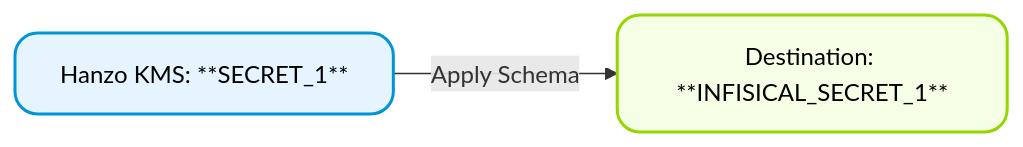
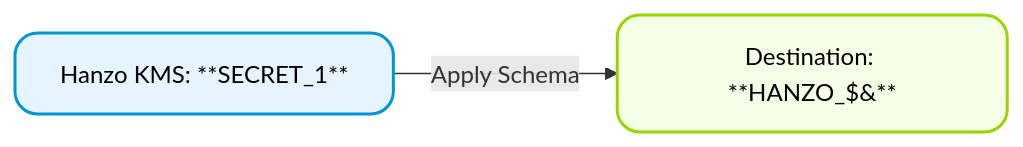
Before and after one commit to hanzo-docs/docs: the second of 2 diagrams in apps/docs/content/docs/services/kms/integrations/secret-syncs/overview.mdx, drawn with Mermaid. The commit also changed other lines of this file and 55 other files, not shown here.

````diff
--- a/apps/docs/content/docs/services/kms/integrations/secret-syncs/overview.mdx
+++ b/apps/docs/content/docs/services/kms/integrations/secret-syncs/overview.mdx
@@ -110,6 +110,6 @@
     ```mermaid
     graph LR
-      A[Hanzo KMS: **SECRET_1**] -->|Apply Schema| B[Destination: **INFISICAL_SECRET_1**]
+      A[Hanzo KMS: **SECRET_1**] -->|Apply Schema| B[Destination: **HANZO_$&**]
       style B fill:#F4FFE6,stroke:#96D600,stroke-width:2px,color:black,rx:15px
       style A fill:#E6F4FF,stroke:#0096D6,stroke-width:2px,color:black,rx:15px
     ```
````
